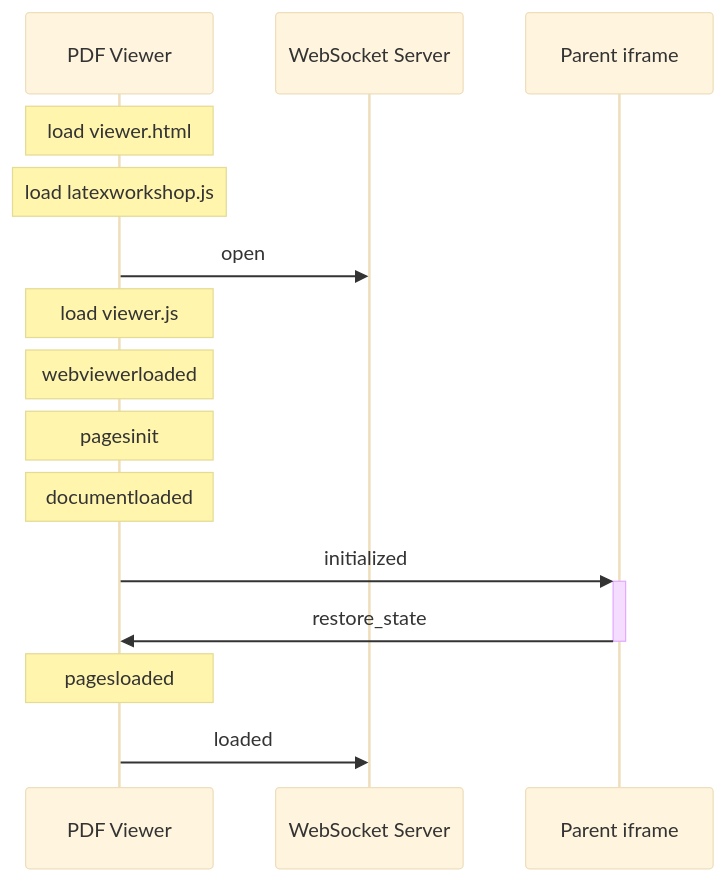
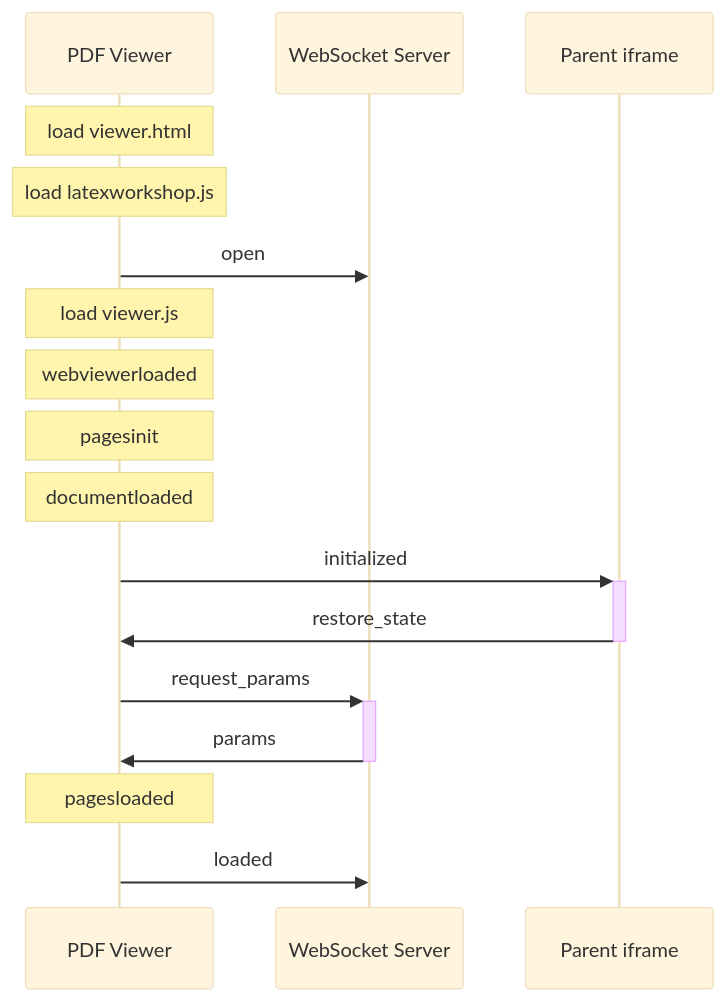
The third of 6 diagrams in viewer/README.md (James-Yu/LaTeX-Workshop), drawn with Mermaid (base theme) before and after one commit.

Commit message:
Edit a diagram [skip ci]

````diff
--- a/viewer/README.md
+++ b/viewer/README.md
@@ -108,17 +108,19 @@
 ```mermaid
 sequenceDiagram
   participant Viewer as PDF Viewer
   participant Server as WebSocket Server
   participant Iframe as Parent iframe
   Note over Viewer: load viewer.html
   Note over Viewer: load latexworkshop.js
   Viewer->>Server: open
   Note over Viewer: load viewer.js
   Note over Viewer: webviewerloaded
   Note over Viewer: pagesinit
   Note over Viewer: documentloaded
   Viewer->>+Iframe: initialized
   Iframe->>-Viewer: restore_state
+  Viewer->>+Server: request_params
+  Server->>-Viewer: params
   Note over Viewer: pagesloaded
   Viewer->>Server: loaded
 ```
````
